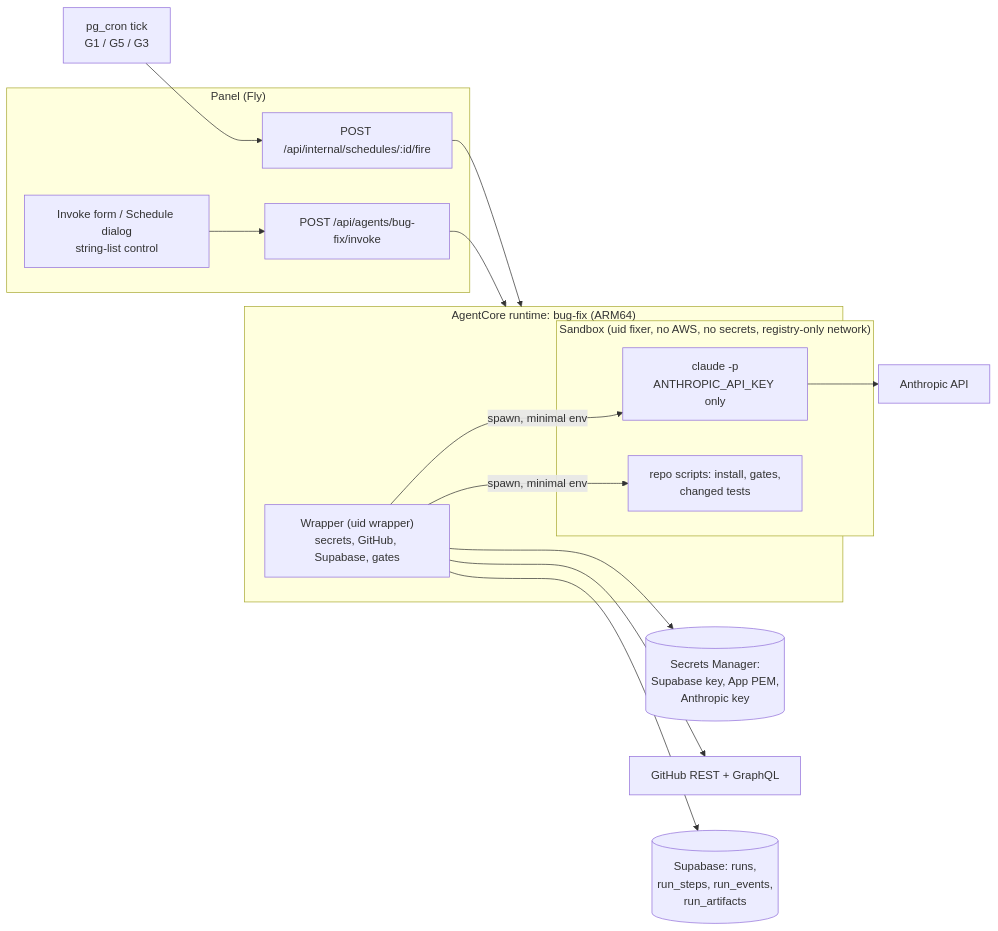
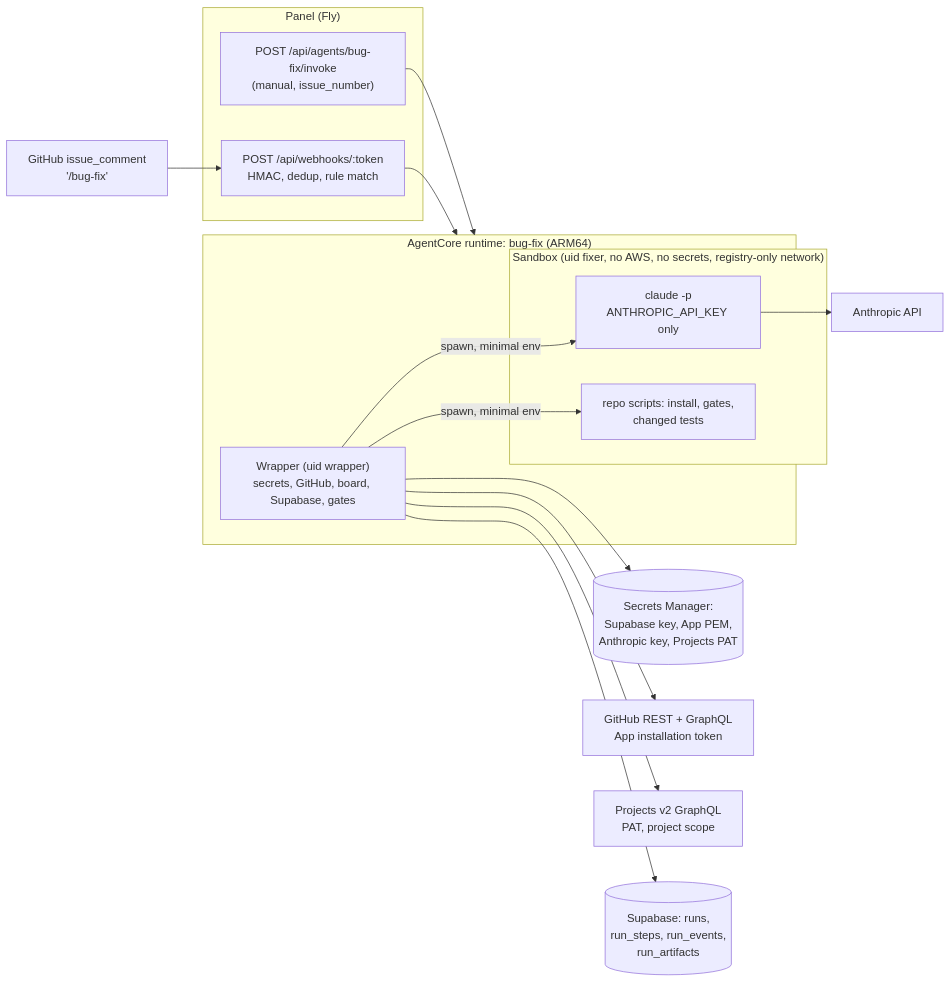
The first of 3 diagrams in workstream/specification-prd-bug-fix-agent.md (llipe/dev-tasks-agent-fleet), drawn with Mermaid before and after one commit. The commit also changed other lines of this file and 8 other files, not shown here.

First line of the commit message:
docs(bug-fix): PRD v2.0 issue mode - /bug-fix trigger, no labels, Projects board

````diff
--- a/workstream/specification-prd-bug-fix-agent.md
+++ b/workstream/specification-prd-bug-fix-agent.md
@@ -42,25 +55,24 @@
 ```mermaid
 flowchart LR
+    GH0["GitHub issue_comment<br/>'/bug-fix'"] --> WE
     subgraph Panel["Panel (Fly)"]
-      F[Invoke form / Schedule dialog<br/>string-list control]
-      I[POST /api/agents/bug-fix/invoke]
-      FI[POST /api/internal/schedules/:id/fire]
+      WE["POST /api/webhooks/:token<br/>HMAC, dedup, rule match"]
+      I["POST /api/agents/bug-fix/invoke<br/>(manual, issue_number)"]
     end
-    CRON[pg_cron tick<br/>G1 / G5 / G3] --> FI
-    F --> I
+    WE --> RT
     I --> RT
-    FI --> RT
     subgraph RT["AgentCore runtime: bug-fix (ARM64)"]
-      W["Wrapper (uid wrapper)<br/>secrets, GitHub, Supabase, gates"]
+      W["Wrapper (uid wrapper)<br/>secrets, GitHub, board, Supabase, gates"]
       subgraph SB["Sandbox (uid fixer, no AWS, no secrets, registry-only network)"]
         C["claude -p<br/>ANTHROPIC_API_KEY only"]
         G["repo scripts: install, gates,<br/>changed tests"]
       end
       W -- spawn, minimal env --> C
       W -- spawn, minimal env --> G
     end
-    W --> SM[(Secrets Manager:<br/>Supabase key, App PEM,<br/>Anthropic key)]
-    W --> GH[GitHub REST + GraphQL]
+    W --> SM[(Secrets Manager:<br/>Supabase key, App PEM,<br/>Anthropic key, Projects PAT)]
+    W --> GH[GitHub REST + GraphQL<br/>App installation token]
+    W --> PJ[Projects v2 GraphQL<br/>PAT, project scope]
     W --> DB[(Supabase: runs,<br/>run_steps, run_events,<br/>run_artifacts)]
     C --> AN[Anthropic API]
 ```
````
